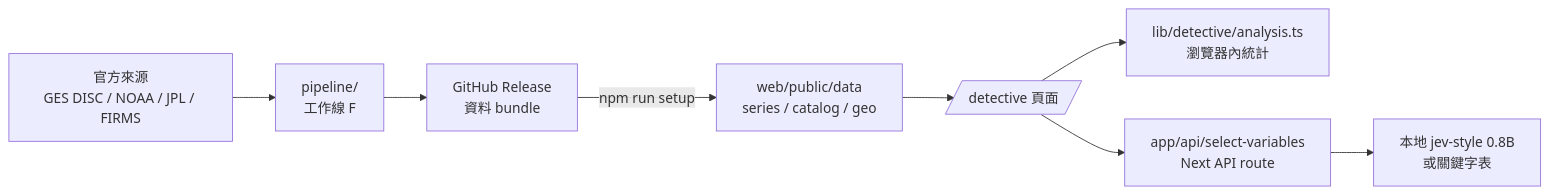
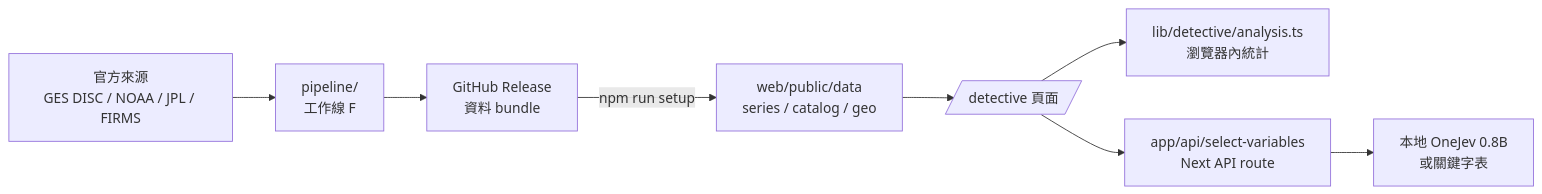
Before and after one commit to oliiiiiiiiii/aqua-trend: the second of 2 diagrams in SPEC.md, drawn with Mermaid. The commit also changed other lines of this file and 43 other files, not shown here.

````diff
--- a/SPEC.md
+++ b/SPEC.md
@@ -126,10 +126,10 @@
 ```mermaid
 flowchart LR
     N[官方來源<br/>GES DISC / NOAA / JPL / FIRMS] --> F[pipeline/<br/>工作線 F]
     F --> G[GitHub Release<br/>資料 bundle]
     G -->|npm run setup| J[web/public/data<br/>series / catalog / geo]
     J --> P[/detective 頁面/]
     P --> A[lib/detective/analysis.ts<br/>瀏覽器內統計]
     P --> R[app/api/select-variables<br/>Next API route]
-    R --> M[本地 jev-style 0.8B<br/>或關鍵字表]
+    R --> M[本地 OneJev 0.8B<br/>或關鍵字表]
 ```
````
